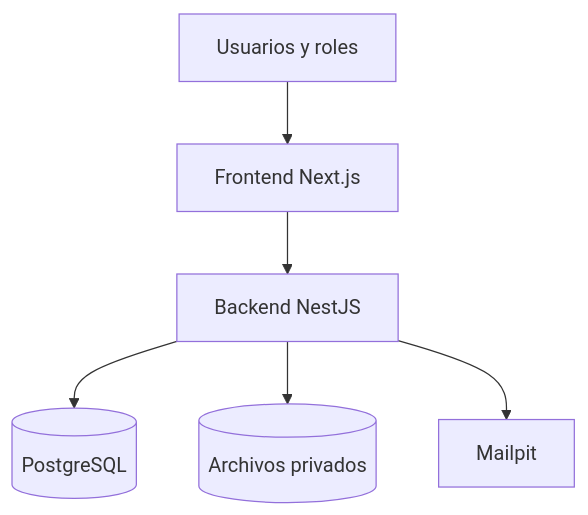
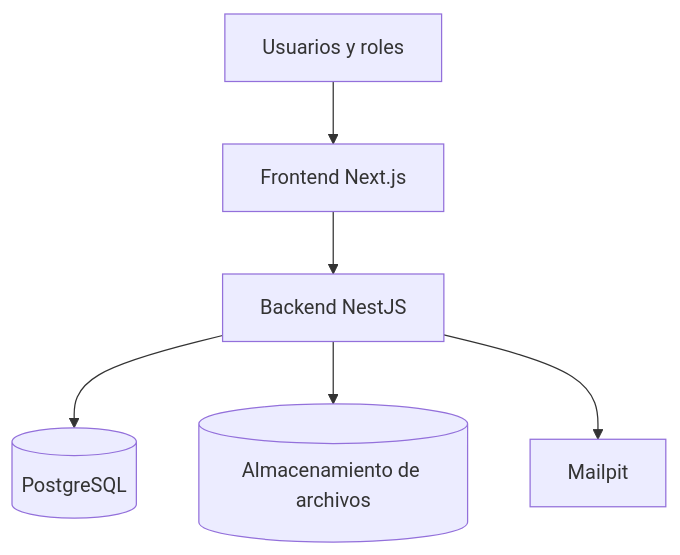
One commit to andres-ctz/App_Maestria changed the diagram in Sistema-Gestion-Maestria-Obsidian/03 - Arquitectura/Arquitectura general.md. Above: the diagram before and after it, drawn with Mermaid. The commit also changed other lines of this file and 29 other files, not shown here.

````diff
--- a/Sistema-Gestion-Maestria-Obsidian/03 - Arquitectura/Arquitectura general.md
+++ b/Sistema-Gestion-Maestria-Obsidian/03 - Arquitectura/Arquitectura general.md
@@ -14,8 +17,8 @@
 ```mermaid
 flowchart TD
  U[Usuarios y roles] --> FE[Frontend Next.js]
  FE --> API[Backend NestJS]
  API --> DB[(PostgreSQL)]
- API --> FS[(Archivos privados)]
+ API --> FS[(Almacenamiento de archivos)]
  API --> MP[Mailpit]
 ```
````
